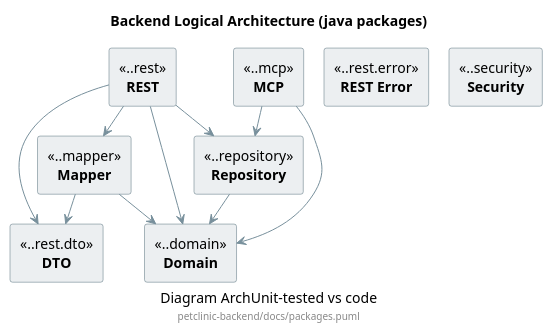
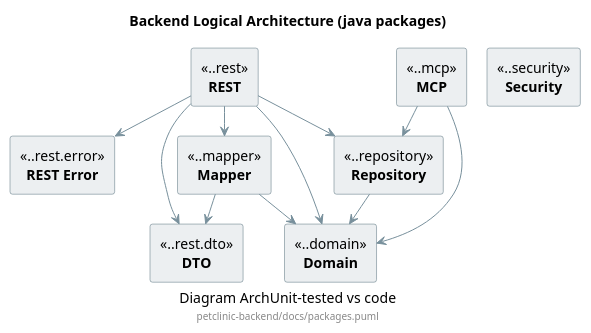
The diagram in petclinic-backend/docs/packages.puml (victorrentea/petclinic), drawn with PlantUML before and after one commit. The commit also changed 12 other files, not shown here.

```diff
--- a/petclinic-backend/docs/packages.puml
+++ b/petclinic-backend/docs/packages.puml
@@ -1,46 +1,47 @@
 @startuml
 
 title Backend Logical Architecture (java packages)
 caption Diagram ArchUnit-tested vs code
 footer petclinic-backend/docs/packages.puml
 
 skinparam shadowing false
 skinparam componentStyle rectangle
 skinparam nodesep 20
 skinparam ranksep 30
 <style>
 component {
   BackGroundColor #ECEFF1
   LineColor #546E7A
   FontStyle bold
   ' only the component name is bold; the package pattern above it stays plain
   ' (never write a stereotype in a comment — PackagesArchTest greps the raw file)
   stereotype {
     FontStyle plain
   }
 }
 arrow {
   LineColor #78909C
 }
 </style>
 
 [REST] <<..rest>>
 [MCP] <<..mcp>>
 [REST Error] <<..rest.error>>
 [Security] <<..security>>
 [Mapper] <<..mapper>>
 [Repository] <<..repository>>
 [DTO] <<..rest.dto>>
 [Domain] <<..domain>>
 
 [Repository] --> [Domain]
 [Mapper] --> [Domain]
 [Mapper] --> [DTO]
 [REST] --> [Domain]
 [REST] --> [Repository]
 [REST] --> [Mapper]
 [REST] --> [DTO]
+[REST] --> [REST Error]
 [MCP] --> [Domain]
 [MCP] --> [Repository]
 
 @enduml
```
